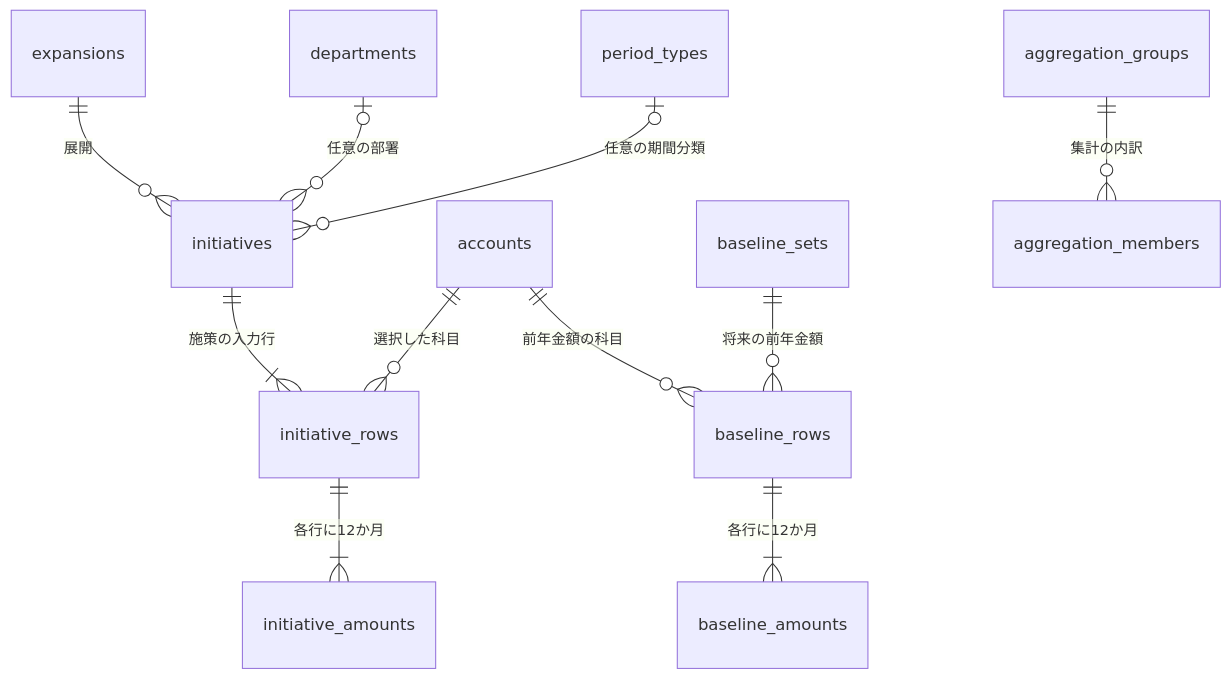
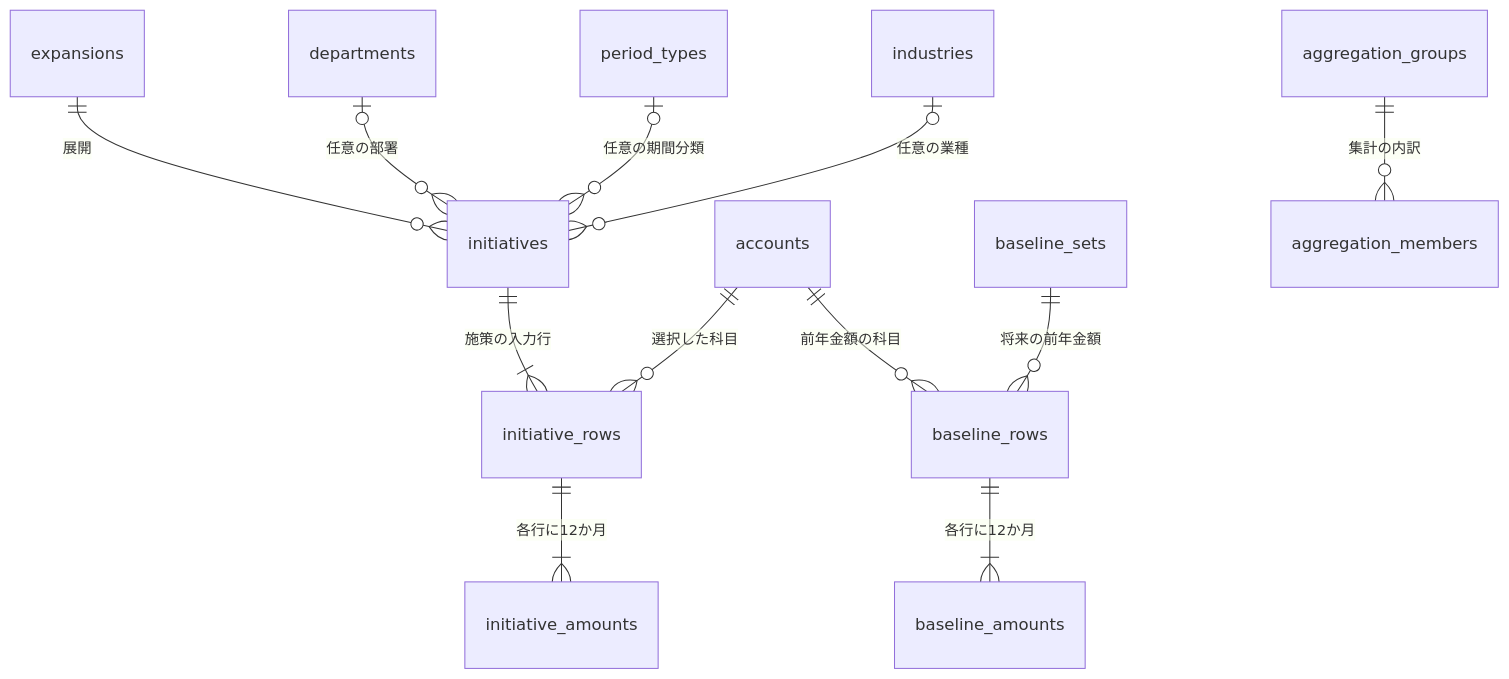
The diagram in DATA_MODEL.md (akihisa-dev/Triadichrome), drawn with Mermaid before and after one commit. The commit also changed other lines of this file and 25 other files, not shown here.

````diff
--- a/DATA_MODEL.md
+++ b/DATA_MODEL.md
@@ -23,13 +23,14 @@
 ```mermaid
 erDiagram
     initiatives ||--|{ initiative_rows : "施策の入力行"
     accounts ||--o{ initiative_rows : "選択した科目"
     initiative_rows ||--|{ initiative_amounts : "各行に12か月"
     expansions ||--o{ initiatives : "展開"
     departments o|--o{ initiatives : "任意の部署"
     period_types o|--o{ initiatives : "任意の期間分類"
+    industries o|--o{ initiatives : "任意の業種"
     baseline_sets ||--o{ baseline_rows : "将来の前年金額"
     accounts ||--o{ baseline_rows : "前年金額の科目"
     baseline_rows ||--|{ baseline_amounts : "各行に12か月"
     aggregation_groups ||--o{ aggregation_members : "集計の内訳"
 ```
````
